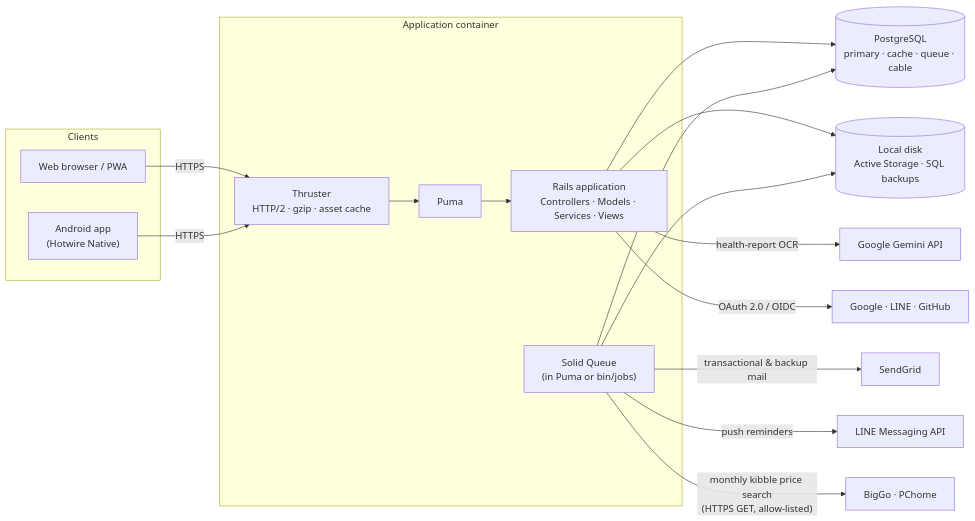
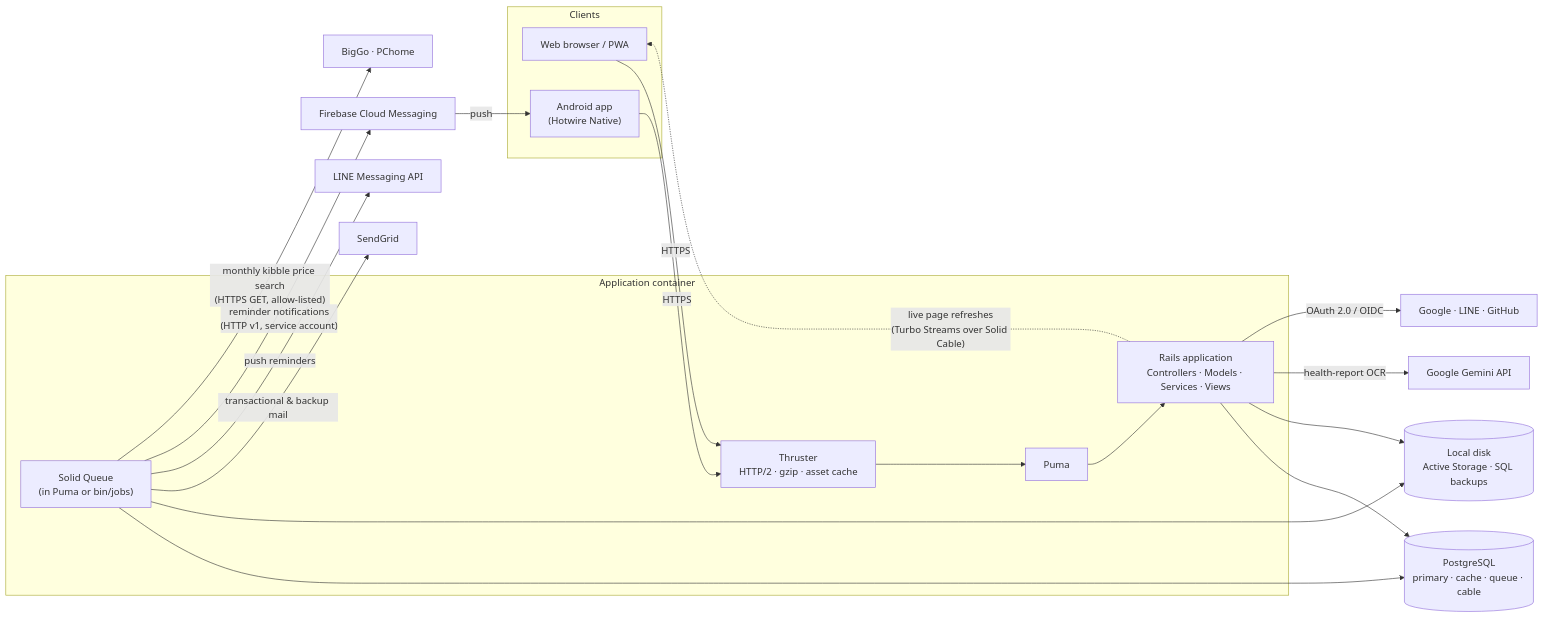
One commit to yuhruh/Pet_Feeding_Tracker_v4 changed the first of 7 diagrams in ARCHITECTURE.md. Above: the diagram before and after it, drawn with Mermaid. The commit also changed other lines of this file and 2 other files, not shown here.

First line of the commit message:
docs: README, ARCHITECTURE and USAGE for households, care, reminders and the Android app (checkpoint J)

````diff
--- a/ARCHITECTURE.md
+++ b/ARCHITECTURE.md
@@ -68,31 +71,34 @@
 ```mermaid
 flowchart LR
   subgraph Clients
     B["Web browser / PWA"]
     A["Android app<br/>(Hotwire Native)"]
   end
 
   subgraph Container["Application container"]
     T["Thruster<br/>HTTP/2 · gzip · asset cache"]
     P["Puma"]
     R["Rails application<br/>Controllers · Models · Services · Views"]
     Q["Solid Queue<br/>(in Puma or bin/jobs)"]
   end
 
   DB[("PostgreSQL<br/>primary · cache · queue · cable")]
   FS[("Local disk<br/>Active Storage · SQL backups")]
 
   B -->|HTTPS| T
   A -->|HTTPS| T
   T --> P --> R
   R --> DB
   R --> FS
   Q --> DB
   Q --> FS
 
   R -->|"health-report OCR"| G["Google Gemini API"]
   R -->|"OAuth 2.0 / OIDC"| O["Google · LINE · GitHub"]
   Q -->|"transactional & backup mail"| S["SendGrid"]
   Q -->|"push reminders"| L["LINE Messaging API"]
+  Q -->|"reminder notifications<br/>(HTTP v1, service account)"| F["Firebase Cloud Messaging"]
+  F -->|"push"| A
+  R -.->|"live page refreshes<br/>(Turbo Streams over Solid Cable)"| B
   Q -->|"monthly kibble price search<br/>(HTTPS GET, allow-listed)"| K["BigGo · PChome"]
 ```
````
